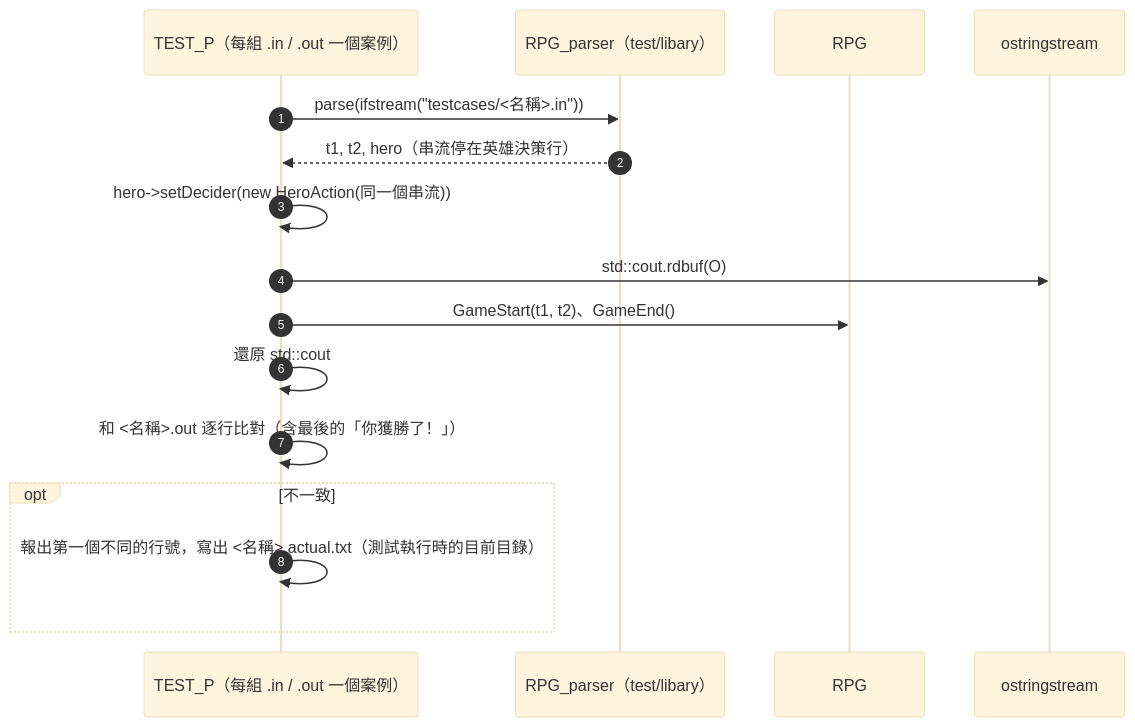
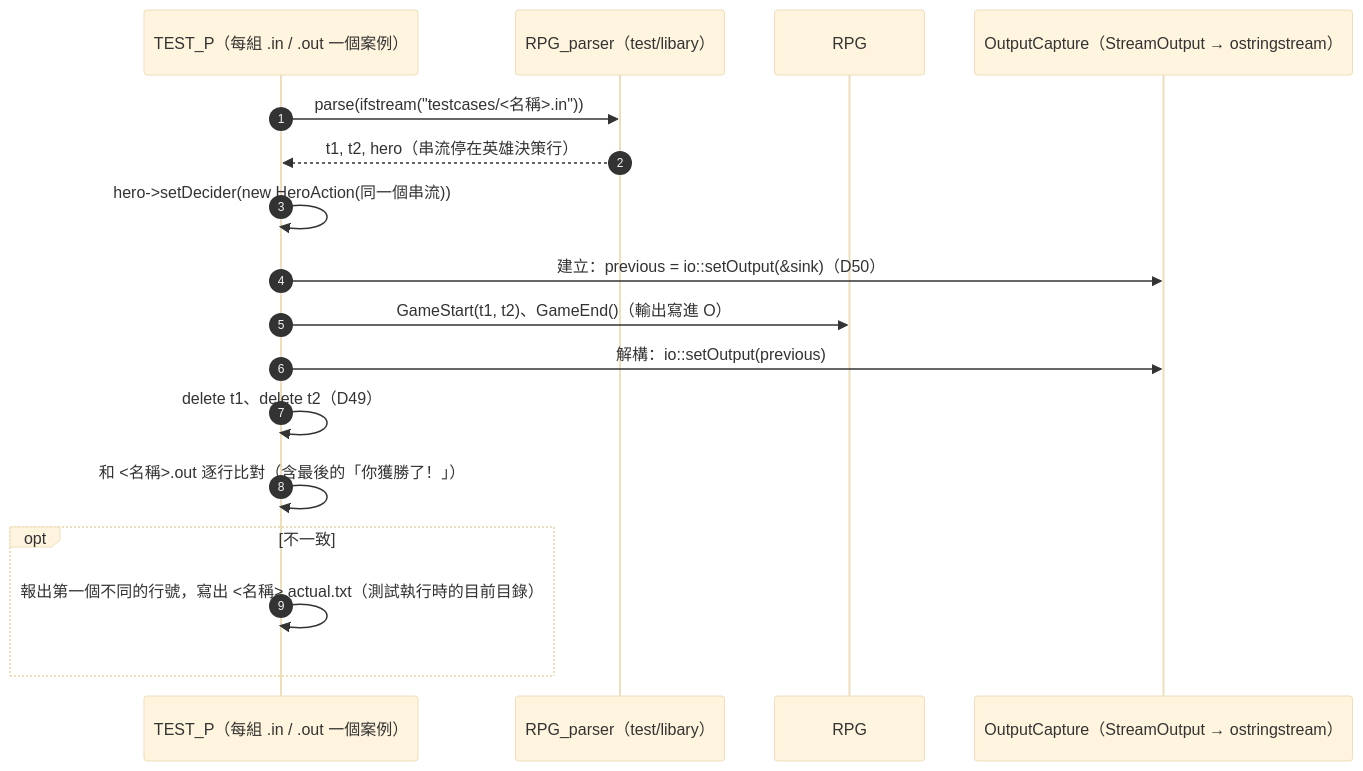
Before and after one commit to Chang-anthony/DesignPattern: diagram 16 of 16 in RPGGame/diagrams.md, drawn with Mermaid (base theme). The commit also changed other lines of this file and 19 other files, not shown here.

````diff
--- a/RPGGame/diagrams.md
+++ b/RPGGame/diagrams.md
@@ -824,19 +888,20 @@
 ```mermaid
 sequenceDiagram
     autonumber
     participant T as TEST_P（每組 .in / .out 一個案例）
     participant P as RPG_parser（test/libary）
     participant G as RPG
-    participant O as ostringstream
+    participant O as OutputCapture（StreamOutput → ostringstream）
 
     T->>P: parse(ifstream("testcases/<名稱>.in"))
     P-->>T: t1, t2, hero（串流停在英雄決策行）
     T->>T: hero->setDecider(new HeroAction(同一個串流))
-    T->>O: std::cout.rdbuf(O)
-    T->>G: GameStart(t1, t2)、GameEnd()
-    T->>T: 還原 std::cout
+    T->>O: 建立：previous = io::setOutput(&sink)（D50）
+    T->>G: GameStart(t1, t2)、GameEnd()（輸出寫進 O）
+    T->>O: 解構：io::setOutput(previous)
+    T->>T: delete t1、delete t2（D49）
     T->>T: 和 <名稱>.out 逐行比對（含最後的「你獲勝了！」）
     opt 不一致
         T->>T: 報出第一個不同的行號，寫出 <名稱>.actual.txt（測試執行時的目前目錄）
     end
 ```
````
